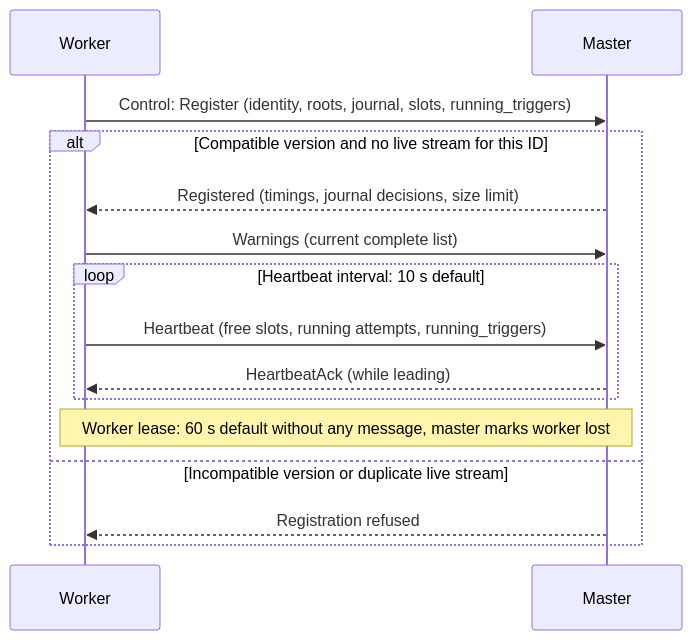
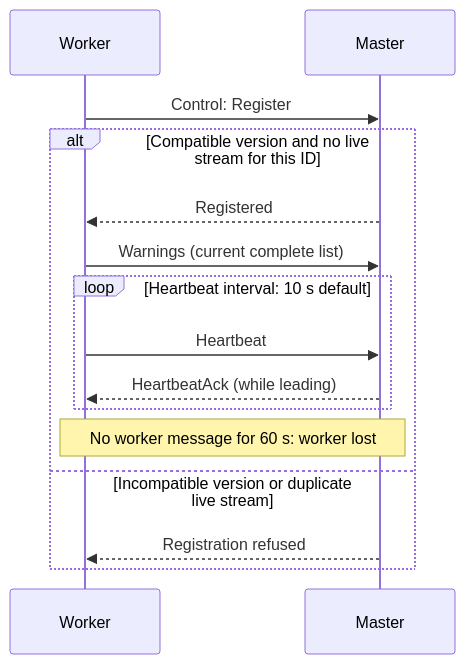
Before and after one commit to ptutak/schedr: the first of 18 diagrams in docs/03-guide/15-protocol.md, drawn with Mermaid. The commit also changed other lines of this file and 8 other files, not shown here.

````diff
--- a/docs/03-guide/15-protocol.md
+++ b/docs/03-guide/15-protocol.md
@@ -9,17 +10,17 @@
 ```{mermaid}
 sequenceDiagram
     participant W as Worker
     participant M as Master
-    W->>M: Control: Register (identity, roots, journal, slots, running_triggers)
+    W->>M: Control: Register
     alt Compatible version and no live stream for this ID
-        M-->>W: Registered (timings, journal decisions, size limit)
+        M-->>W: Registered
         W->>M: Warnings (current complete list)
         loop Heartbeat interval: 10 s default
-            W->>M: Heartbeat (free slots, running attempts, running_triggers)
+            W->>M: Heartbeat
             M-->>W: HeartbeatAck (while leading)
         end
-        Note over W,M: Worker lease: 60 s default without any message, master marks worker lost
+        Note over W,M: No worker message for 60 s: worker lost
     else Incompatible version or duplicate live stream
         M-->>W: Registration refused
     end
 ```
````
